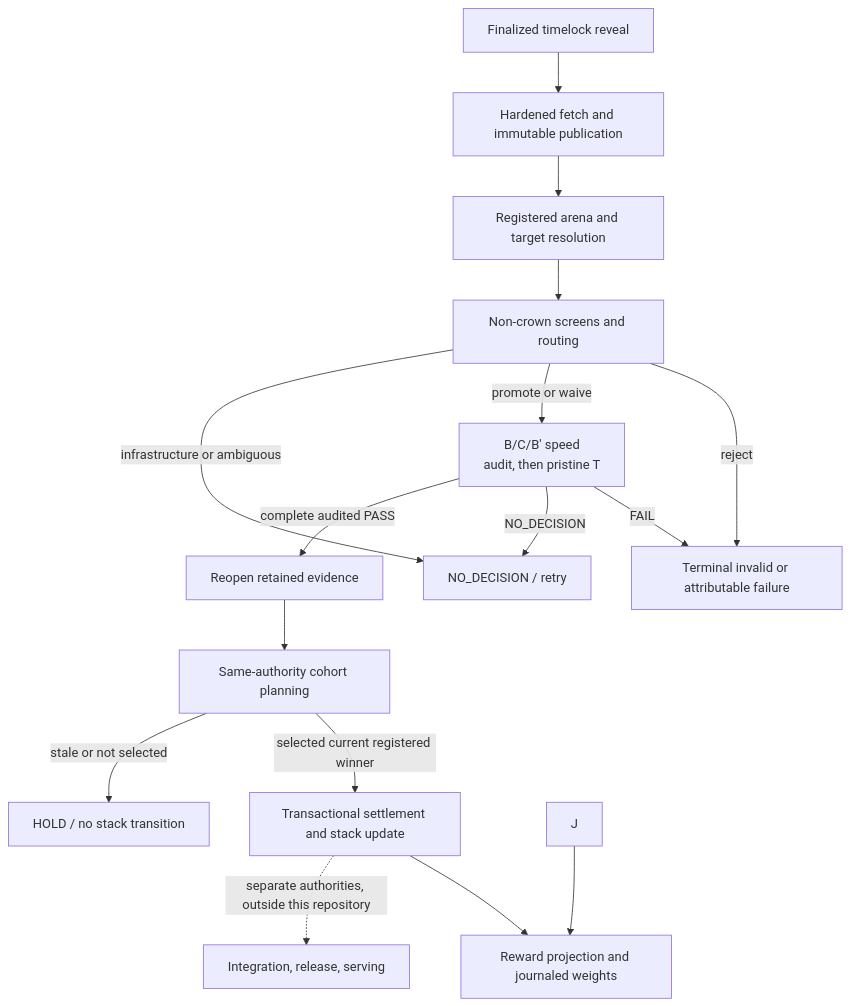
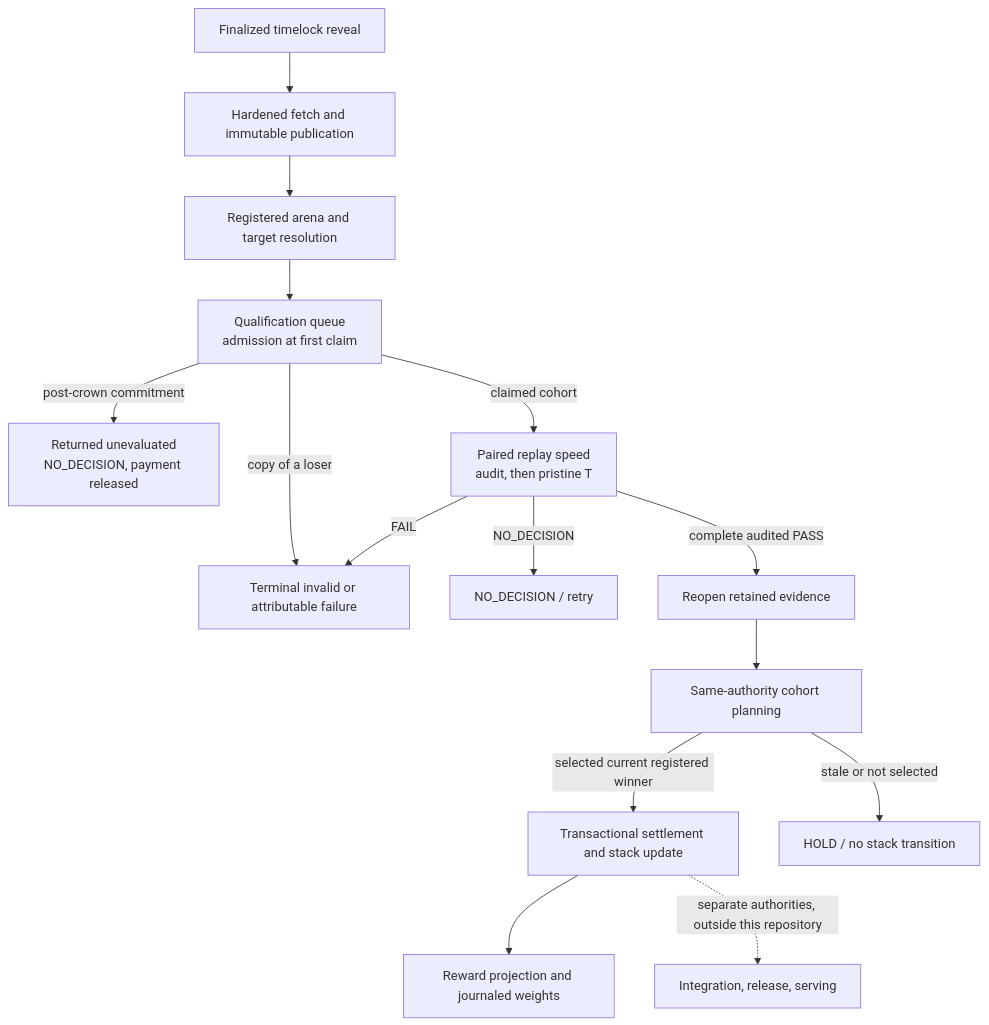
The diagram in docs/architecture/pipeline.md (latent-to/cacheon), drawn with Mermaid before and after one commit. The commit also changed other lines of this file and 388 other files, not shown here.

````diff
--- a/docs/architecture/pipeline.md
+++ b/docs/architecture/pipeline.md
@@ -33,18 +33,17 @@
 ```mermaid
 flowchart TD
     A["Finalized timelock reveal"] --> B["Hardened fetch and immutable publication"]
     B --> C["Registered arena and target resolution"]
-    C --> D["Non-crown screens and routing"]
-    D -->|"reject"| F["Terminal invalid or attributable failure"]
-    D -->|"promote or waive"| Q["B/C/B′ speed<br/>audit, then pristine T"]
-    D -->|"infrastructure or ambiguous"| N["NO_DECISION / retry"]
+    C --> D["Qualification queue<br/>admission at first claim"]
+    D -->|"copy of a loser"| F["Terminal invalid or attributable failure"]
+    D -->|"post-crown commitment"| X["Returned unevaluated<br/>NO_DECISION, payment released"]
+    D -->|"claimed cohort"| Q["Paired replay speed<br/>audit, then pristine T"]
     Q -->|"FAIL"| F
-    Q -->|"NO_DECISION"| N
+    Q -->|"NO_DECISION"| N["NO_DECISION / retry"]
     Q -->|"complete audited PASS"| S["Reopen retained evidence"]
     S --> G["Same-authority cohort planning"]
     G -->|"selected current registered winner"| T["Transactional settlement and stack update"]
     G -->|"stale or not selected"| H["HOLD / no stack transition"]
     T --> W["Reward projection and journaled weights"]
-    J --> W
     T -. "separate authorities, outside this repository" .-> I["Integration, release, serving"]
 ```
````
